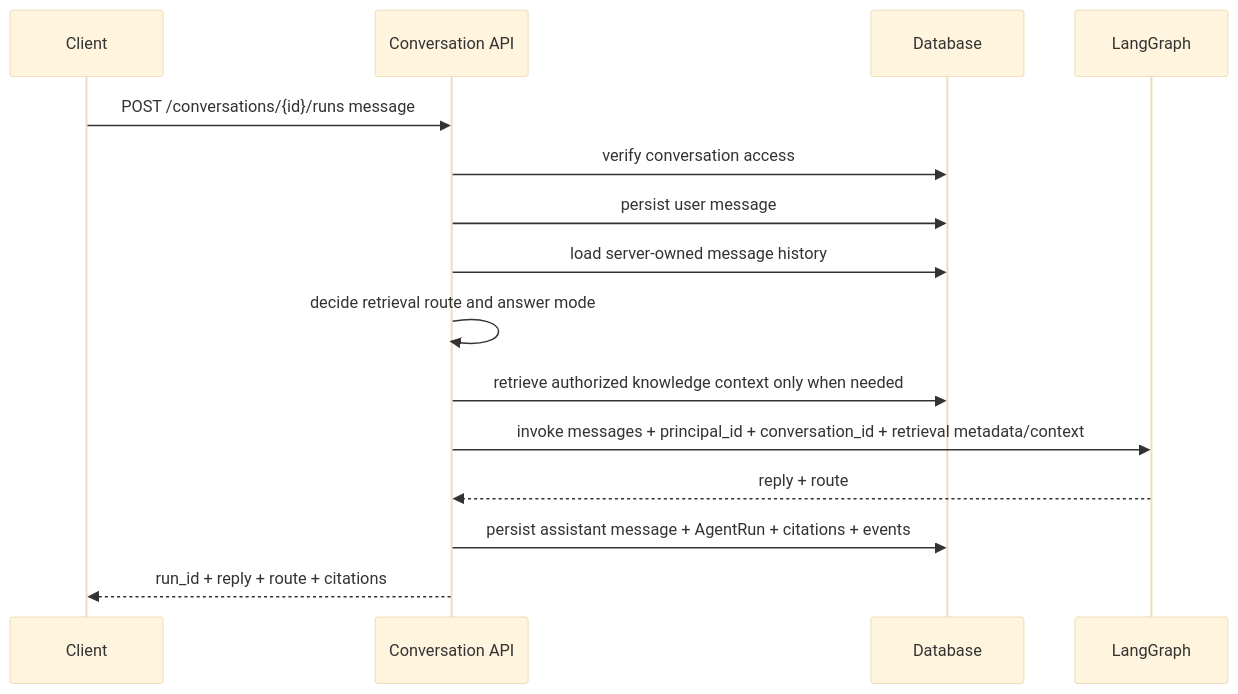
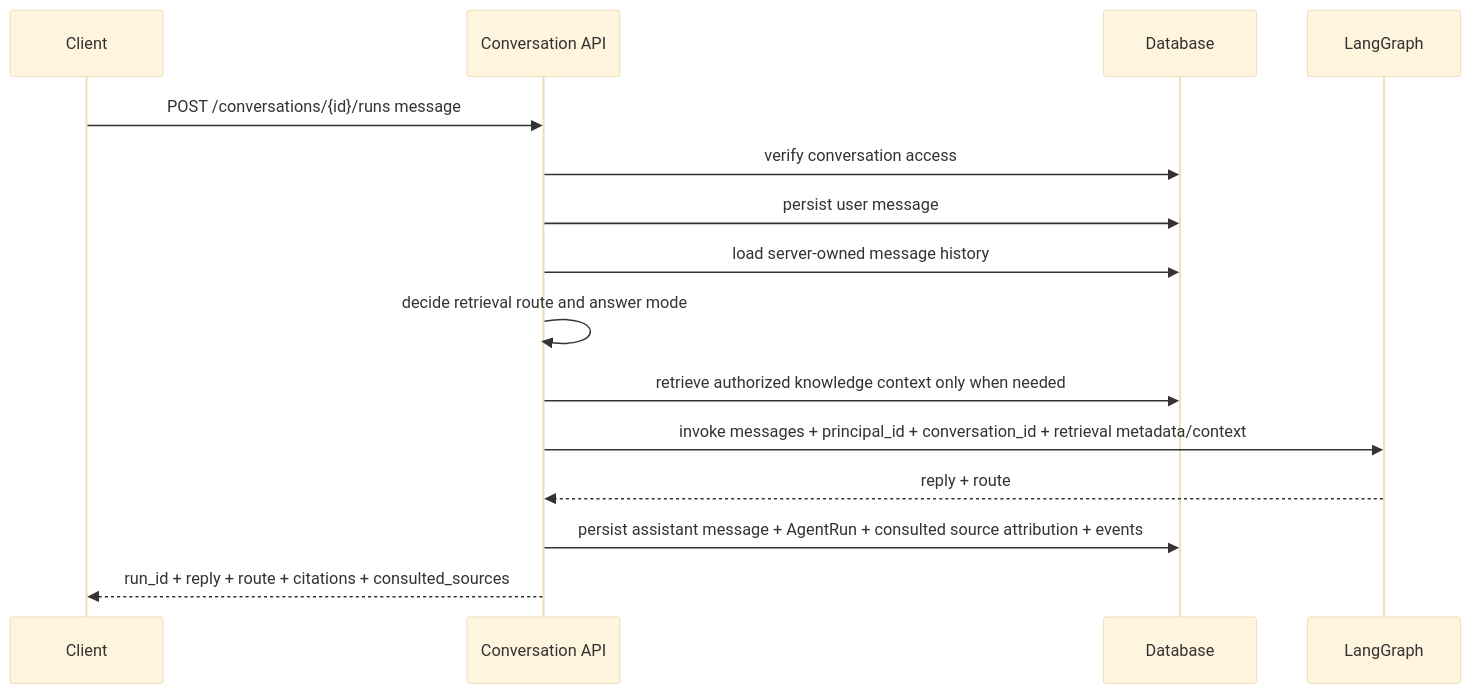
The diagram in docs/product-chat-service/en/04-server-owned-conversations.md (heecheon92/my-agents), drawn with Mermaid (base theme) before and after one commit. The commit also changed other lines of this file and 46 other files, not shown here.

````diff
--- a/docs/product-chat-service/en/04-server-owned-conversations.md
+++ b/docs/product-chat-service/en/04-server-owned-conversations.md
@@ -29,18 +29,18 @@
 ```mermaid
 sequenceDiagram
     participant C as Client
     participant API as Conversation API
     participant DB as Database
     participant G as LangGraph
 
     C->>API: POST /conversations/{id}/runs message
     API->>DB: verify conversation access
     API->>DB: persist user message
     API->>DB: load server-owned message history
     API->>API: decide retrieval route and answer mode
     API->>DB: retrieve authorized knowledge context only when needed
     API->>G: invoke messages + principal_id + conversation_id + retrieval metadata/context
     G-->>API: reply + route
-    API->>DB: persist assistant message + AgentRun + citations + events
-    API-->>C: run_id + reply + route + citations
+    API->>DB: persist assistant message + AgentRun + consulted source attribution + events
+    API-->>C: run_id + reply + route + citations + consulted_sources
 ```
````
